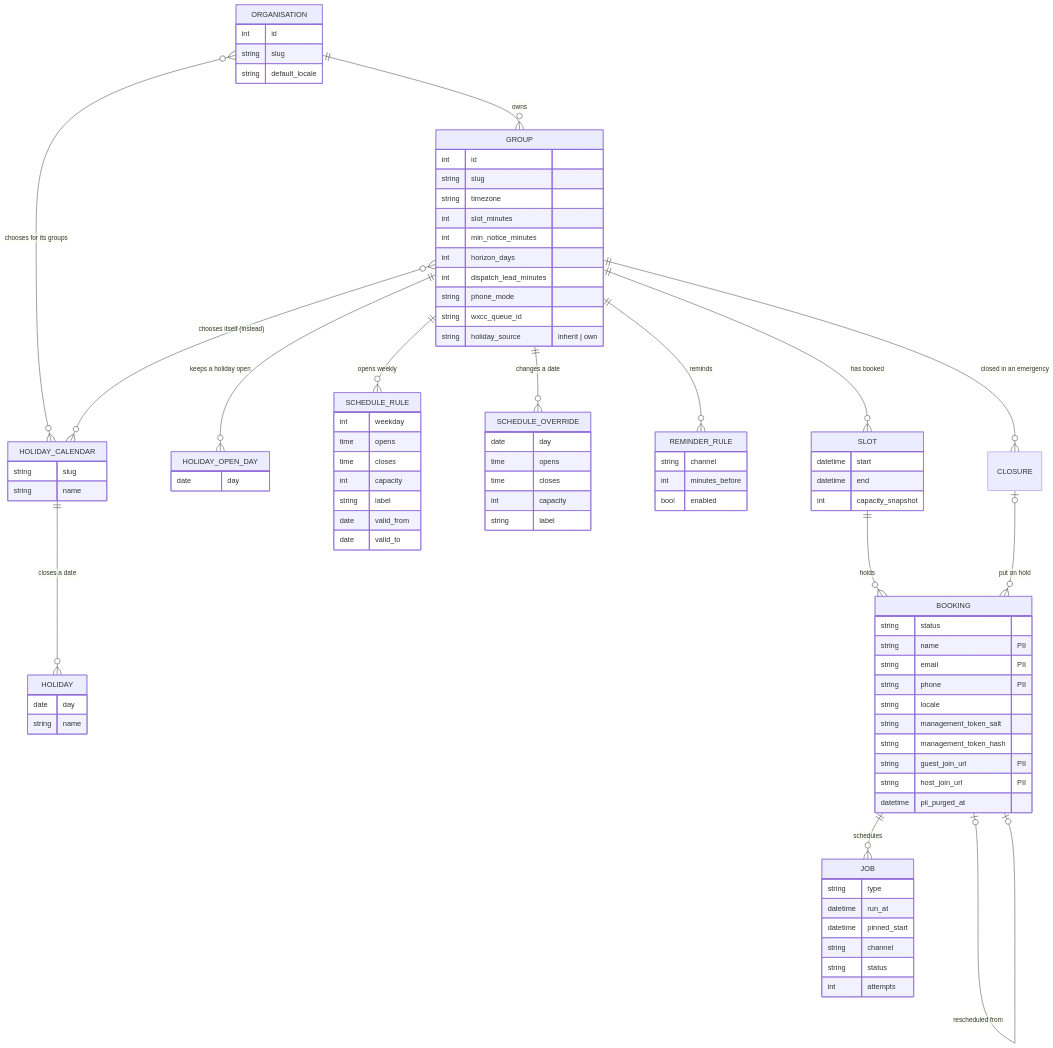
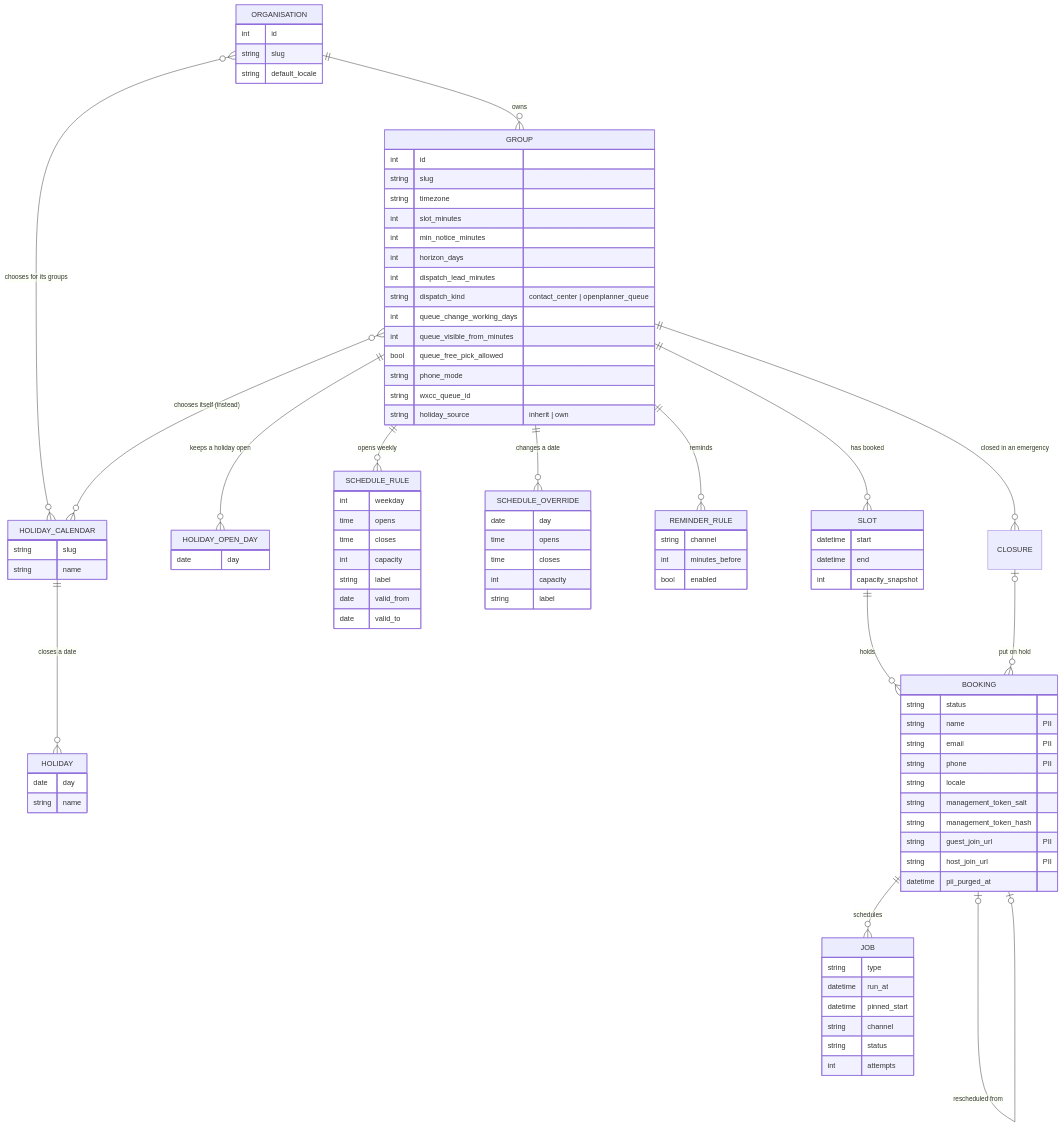
Before and after one commit to 3Corners-Labs/OpenPlanner: the fifth of 14 diagrams in docs/architecture.md, drawn with Mermaid. The commit also changed other lines of this file and 55 other files, not shown here.

```diff
--- a/docs/architecture.md
+++ b/docs/architecture.md
@@ -305,6 +306,10 @@
         int min_notice_minutes
         int horizon_days
         int dispatch_lead_minutes
+        string dispatch_kind "contact_center | openplanner_queue"
+        int queue_change_working_days
+        int queue_visible_from_minutes
+        bool queue_free_pick_allowed
         string phone_mode
         string wxcc_queue_id
         string holiday_source "inherit | own"
```
